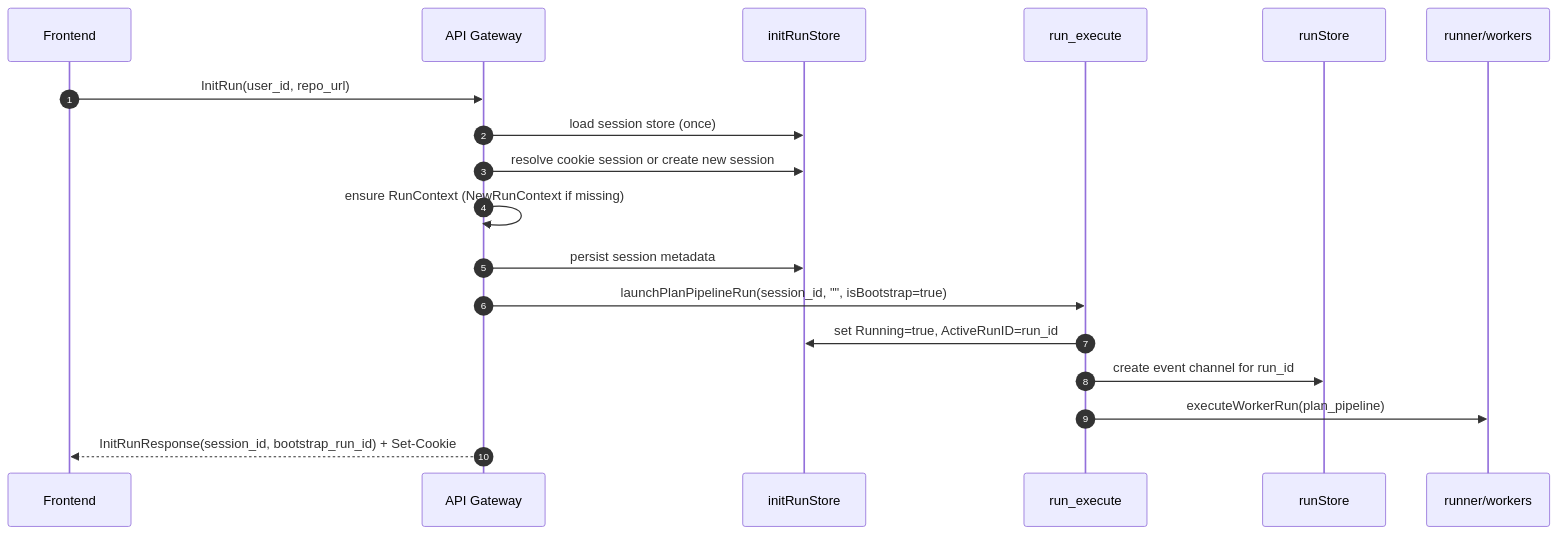
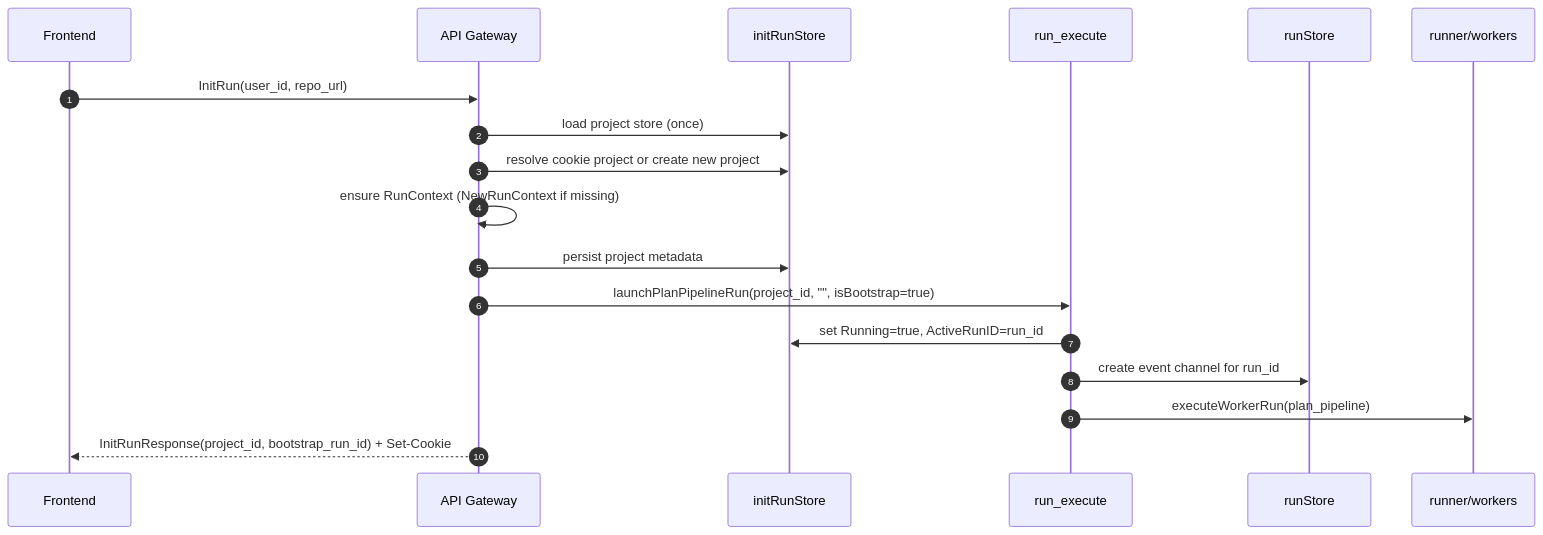
One commit to Keyhole-Koro/InsightifyCore changed the first of 4 diagrams in cmd/api/gateway.md. Above: the diagram before and after it, drawn with Mermaid. The commit also changed other lines of this file and 22 other files, not shown here.

First line of the commit message:
Refactor project session management and introduce project state store

````diff
--- a/cmd/api/gateway.md
+++ b/cmd/api/gateway.md
@@ -82,21 +82,21 @@
 ```mermaid
 sequenceDiagram
     autonumber
     participant FE as Frontend
     participant GW as API Gateway
     participant SS as initRunStore
     participant EX as run_execute
     participant RS as runStore
     participant WR as runner/workers
 
     FE->>GW: InitRun(user_id, repo_url)
-    GW->>SS: load session store (once)
-    GW->>SS: resolve cookie session or create new session
+    GW->>SS: load project store (once)
+    GW->>SS: resolve cookie project or create new project
     GW->>GW: ensure RunContext (NewRunContext if missing)
-    GW->>SS: persist session metadata
-    GW->>EX: launchPlanPipelineRun(session_id, "", isBootstrap=true)
+    GW->>SS: persist project metadata
+    GW->>EX: launchPlanPipelineRun(project_id, "", isBootstrap=true)
     EX->>SS: set Running=true, ActiveRunID=run_id
     EX->>RS: create event channel for run_id
     EX->>WR: executeWorkerRun(plan_pipeline)
-    GW-->>FE: InitRunResponse(session_id, bootstrap_run_id) + Set-Cookie
+    GW-->>FE: InitRunResponse(project_id, bootstrap_run_id) + Set-Cookie
 ```
````
